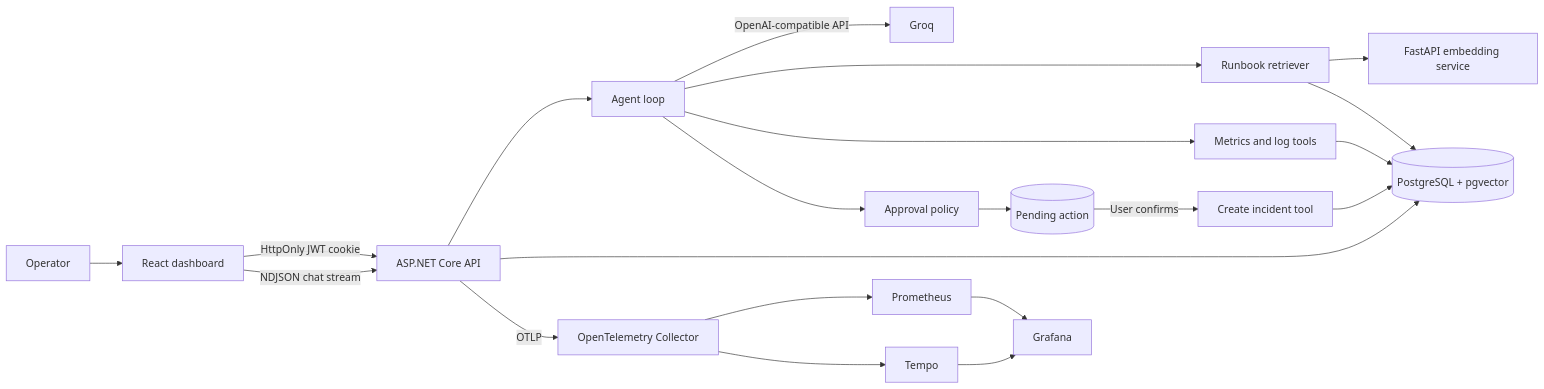
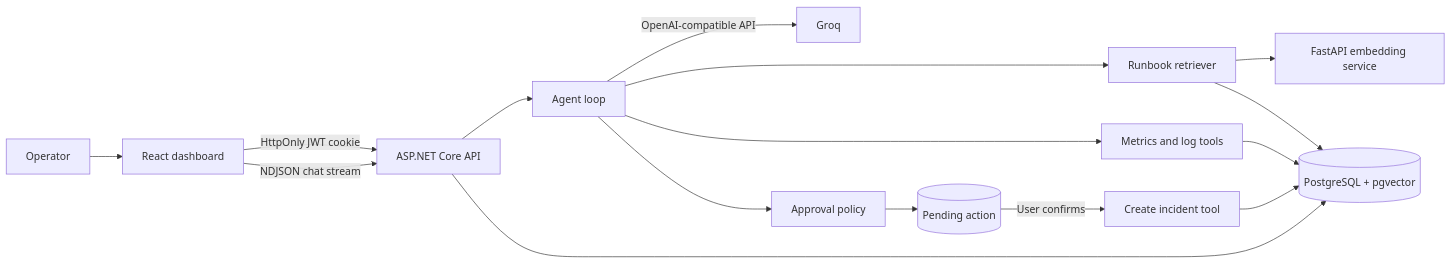
One commit to mouradmagdy/Incident-copilot changed the diagram in README.md. Above: the diagram before and after it, drawn with Mermaid. The commit also changed other lines of this file, not shown here.

````diff
--- a/README.md
+++ b/README.md
@@ -37,26 +34,20 @@
 ```mermaid
 flowchart LR
     USER[Operator] --> UI[React dashboard]
     UI -->|HttpOnly JWT cookie| API[ASP.NET Core API]
     UI -->|NDJSON chat stream| API
 
     API --> AGENT[Agent loop]
     AGENT -->|OpenAI-compatible API| LLM[Groq]
     AGENT --> RETRIEVER[Runbook retriever]
     AGENT --> READTOOLS[Metrics and log tools]
     AGENT --> APPROVAL[Approval policy]
 
     RETRIEVER --> EMB[FastAPI embedding service]
     RETRIEVER --> PG[(PostgreSQL + pgvector)]
     READTOOLS --> PG
     APPROVAL --> PENDING[(Pending action)]
     PENDING -->|User confirms| WRITE[Create incident tool]
     WRITE --> PG
     API --> PG
-
-    API -->|OTLP| COLLECTOR[OpenTelemetry Collector]
-    COLLECTOR --> PROM[Prometheus]
-    COLLECTOR --> TEMPO[Tempo]
-    PROM --> GRAFANA[Grafana]
-    TEMPO --> GRAFANA
 ```
````
